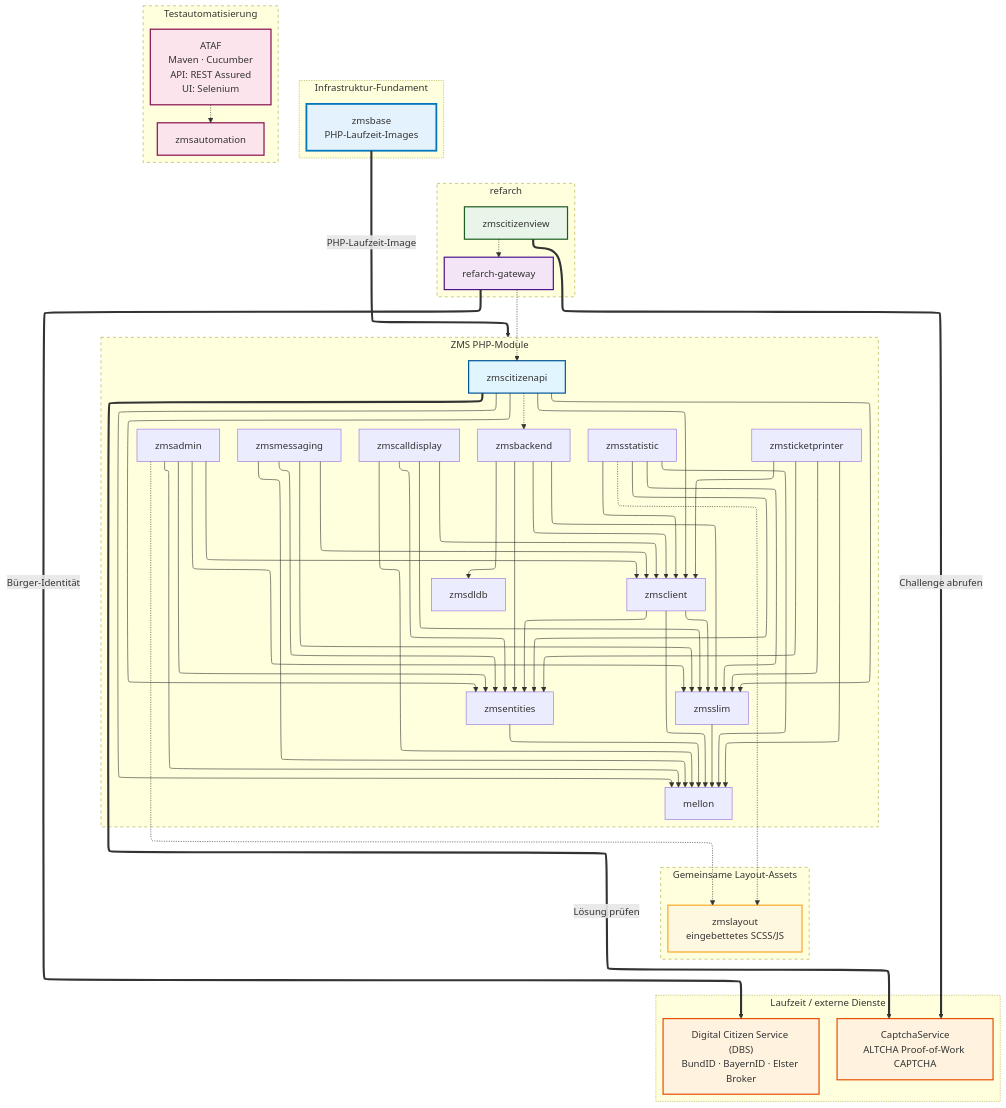
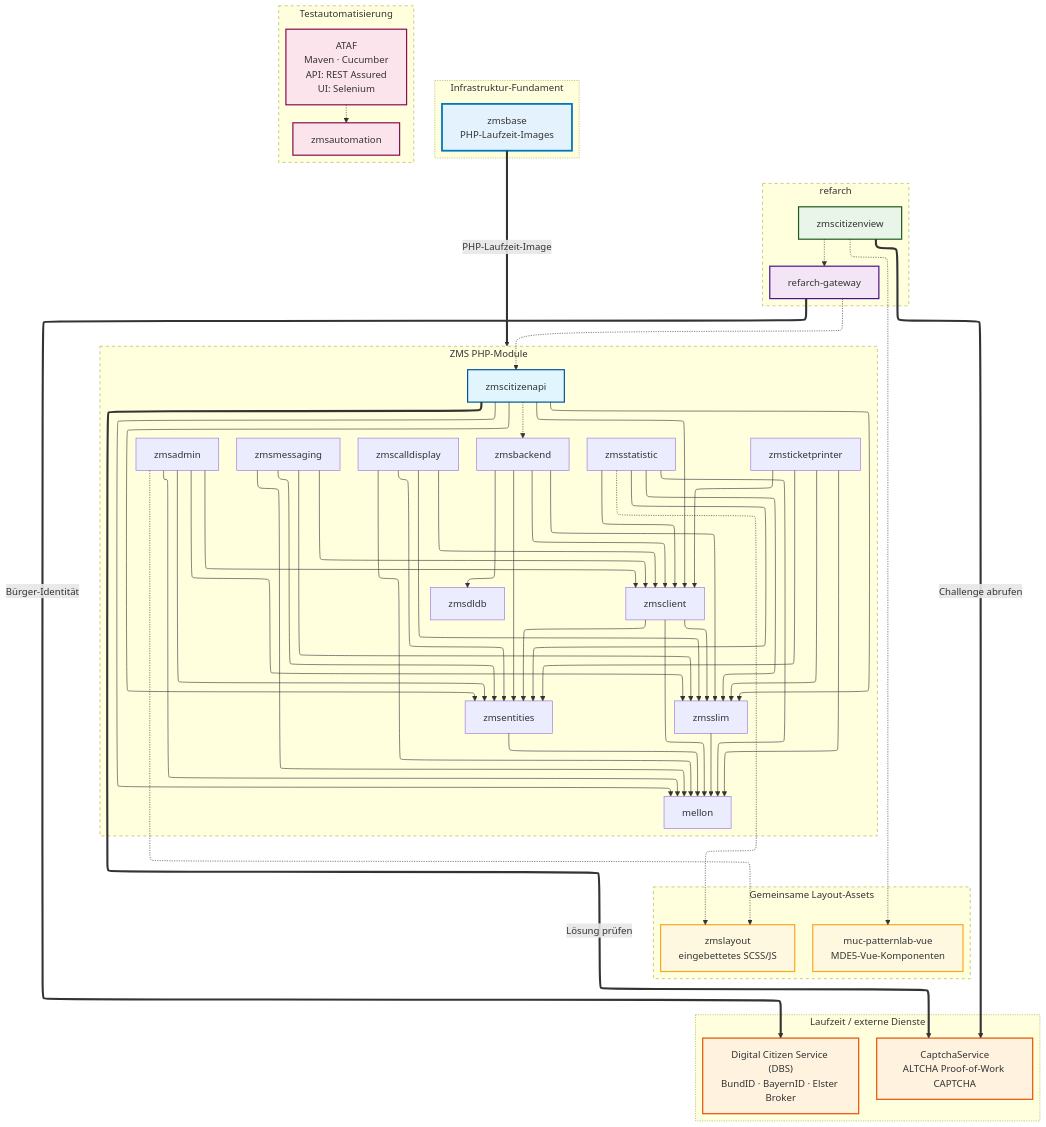
Before and after one commit to it-at-m/eappointment: the diagram in docs/de/setup-and-development/development-rules/dependency-graph.md, drawn with Mermaid. The commit also changed other lines of this file and 1 other file, not shown here.

First line of the commit message:
docs(ZMS): add muc-patternlab-vue to the dependency graph

````diff
--- a/docs/de/setup-and-development/development-rules/dependency-graph.md
+++ b/docs/de/setup-and-development/development-rules/dependency-graph.md
@@ -34,9 +35,10 @@
 
     zmscitizenapi --> mellon & zmsslim & zmsclient & zmsentities;
 
-    %% npm-file:-Abhängigkeiten (gestrichelt)
+    %% npm-Abhängigkeiten (gestrichelt)
     zmsadmin -.-> zmslayout;
     zmsstatistic -.-> zmslayout;
+    zmscitizenview -.-> mucpatternlab;
 
     %% Build-/Integrationsabhängigkeiten (gestrichelt)
     zmscitizenapi -.-> zmsbackend;
@@ -95,6 +97,7 @@
     subgraph shared_frontend [Gemeinsame Layout-Assets]
         style shared_frontend stroke-dasharray: 5, 2, 1, 2
         zmslayout["zmslayout<br>eingebettetes SCSS/JS"]
+        mucpatternlab["muc-patternlab-vue<br>MDE5-Vue-Komponenten"]
     end
 
     %% Stilisierung
@@ -115,4 +118,5 @@
     class zmsautomation automation;
     class ataf automation;
     class zmslayout layout;
+    class mucpatternlab layout;
 ```
````
